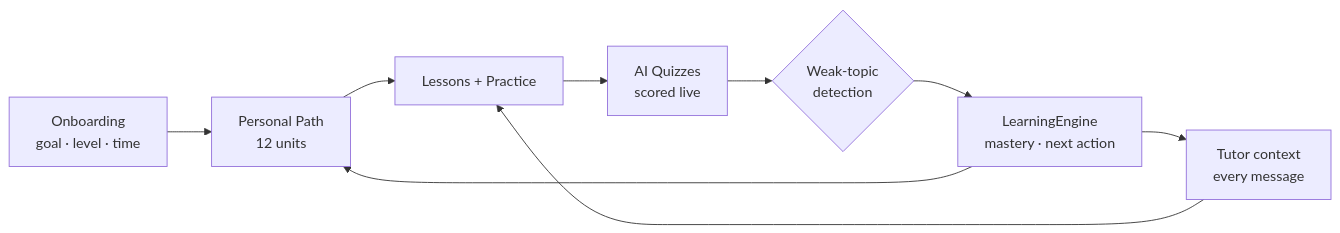
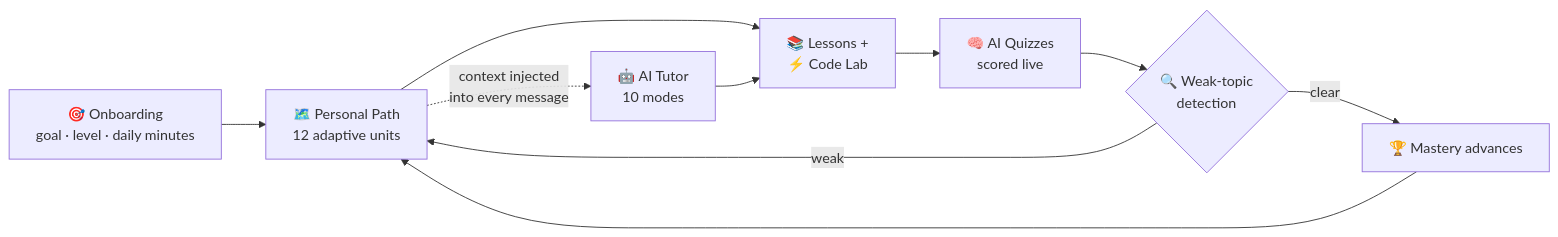
Before and after one commit to MohammedShakib-645/ai-path: the first of 2 diagrams in README.md, drawn with Mermaid. The commit also changed other lines of this file, not shown here.

Commit message:
README: professional revamp with layered architecture diagram; drop screenshot + demo video links

````diff
--- a/README.md
+++ b/README.md
@@ -48,11 +73,12 @@
 ```mermaid
 flowchart LR
-    A[Onboarding\ngoal · level · time] --> B[Personal Path\n12 units]
-    B --> C[Lessons + Practice]
-    C --> D[AI Quizzes\nscored live]
-    D --> E{Weak-topic\ndetection}
-    E --> F[LearningEngine\nmastery · next action]
+    A["🎯 Onboarding<br/>goal · level · daily minutes"] --> B["🗺️ Personal Path<br/>12 adaptive units"]
+    B --> C["📚 Lessons +<br/>⚡ Code Lab"]
+    C --> D["🧠 AI Quizzes<br/>scored live"]
+    D --> E{"🔍 Weak-topic<br/>detection"}
+    E -->|weak| B
+    E -->|clear| F["🏆 Mastery advances"]
     F --> B
-    F --> G[Tutor context\nevery message]
+    B -. "context injected<br/>into every message" .-> G["🤖 AI Tutor<br/>10 modes"]
     G --> C
 ```
````
